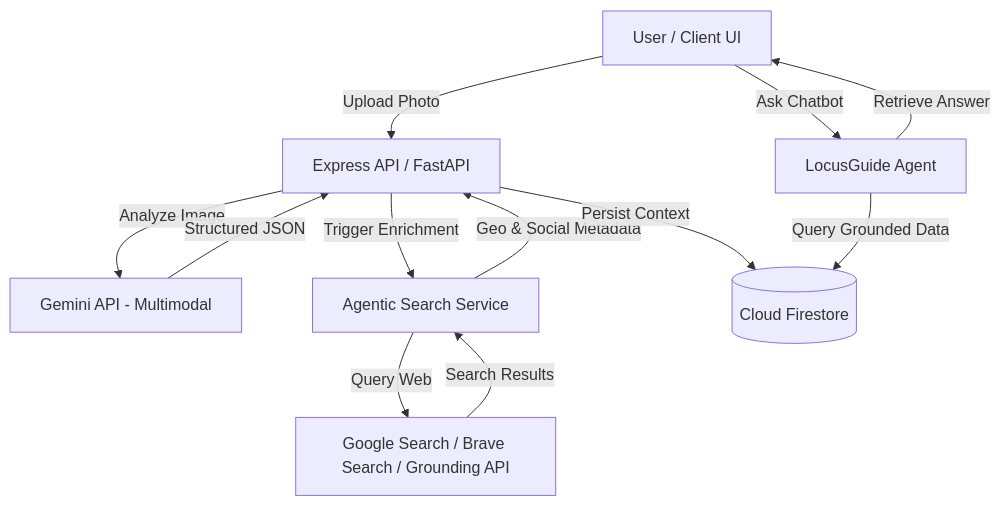
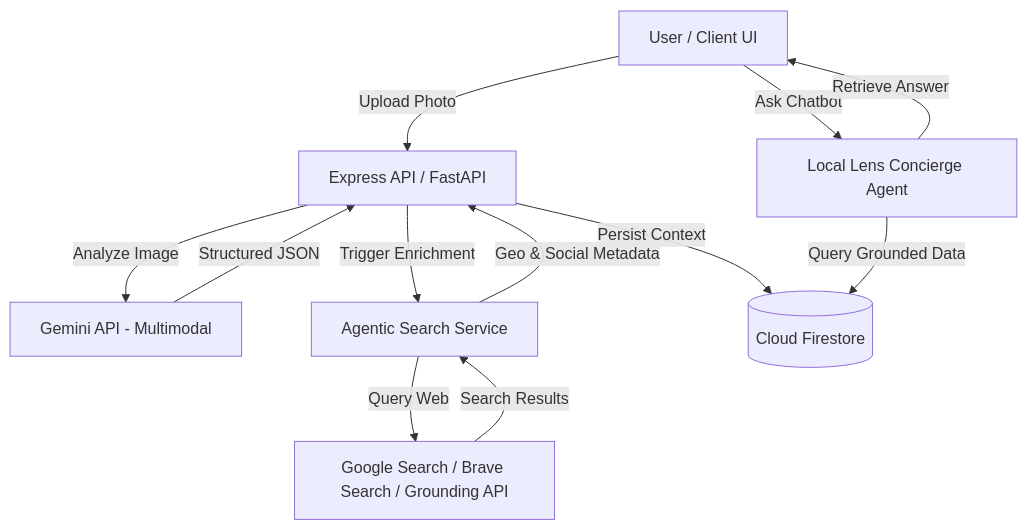
Before and after one commit to sad-squid/gemini-demo: the diagram in docs/PRODUCT_PLAN.md, drawn with Mermaid. The commit also changed other lines of this file and 1 other file, not shown here.

Commit message:
Rename LocusGuide to Local Lens Concierge, and fix Map panning

````diff
--- a/docs/PRODUCT_PLAN.md
+++ b/docs/PRODUCT_PLAN.md
@@ -35,17 +35,17 @@
 ```mermaid
 graph TD
     User[User / Client UI] -->|Upload Photo| API[Express API / FastAPI]
     API -->|Analyze Image| GeminiVision[Gemini API - Multimodal]
     GeminiVision -->|Structured JSON| API
     
     API -->|Trigger Enrichment| SearchAgent[Agentic Search Service]
     SearchAgent -->|Query Web| SearchAPI[Google Search / Brave Search / Grounding API]
     SearchAPI -->|Search Results| SearchAgent
     SearchAgent -->|Geo & Social Metadata| API
     
     API -->|Persist Context| DB[(Cloud Firestore)]
     
-    User -->|Ask Chatbot| AgenticChat[LocusGuide Agent]
+    User -->|Ask Chatbot| AgenticChat[Local Lens Concierge Agent]
     AgenticChat -->|Query Grounded Data| DB
     AgenticChat -->|Retrieve Answer| User
 ```
````
